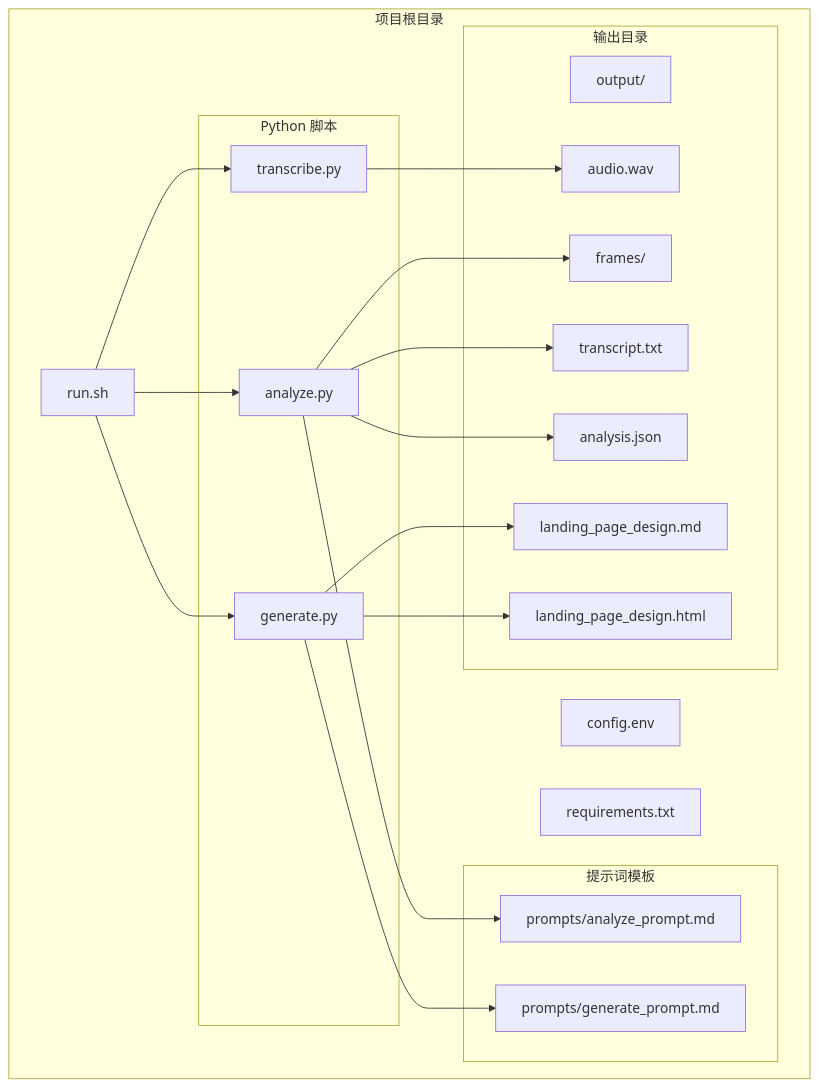
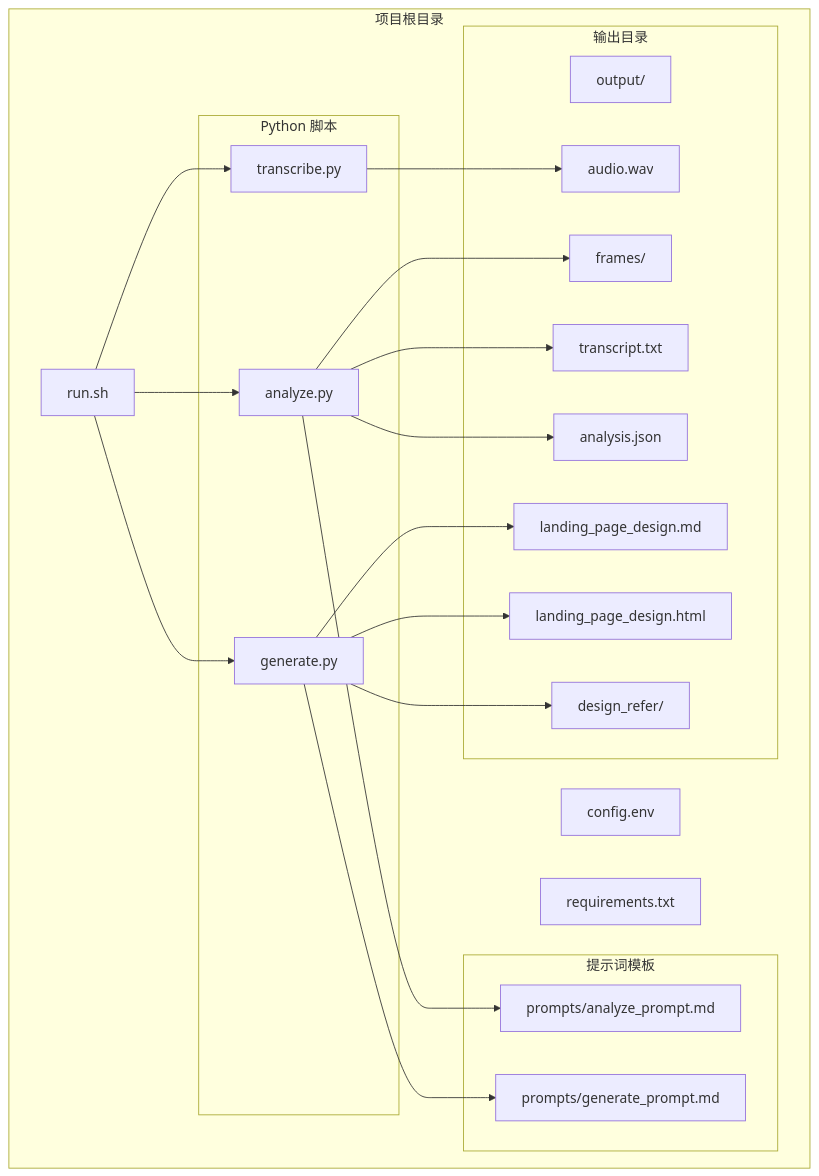
One commit to WongMingJiu/landingpage-test-hero-page changed the first of 4 diagrams in .qoder/repowiki/zh/content/配置和定制/批量处理.md. Above: the diagram before and after it, drawn with Mermaid. The commit also changed other lines of this file and 42 other files, not shown here.

````diff
--- a/.qoder/repowiki/zh/content/配置和定制/批量处理.md
+++ b/.qoder/repowiki/zh/content/配置和定制/批量处理.md
@@ -39,37 +42,39 @@
 ```mermaid
 graph TB
 subgraph "项目根目录"
 RUN[run.sh]
 CONFIG[config.env]
 REQ[requirements.txt]
 subgraph "Python 脚本"
 TRANSCRIBE[transcribe.py]
 ANALYZE[analyze.py]
 GENERATE[generate.py]
 end
 subgraph "提示词模板"
 ANALYZE_PROMPT[prompts/analyze_prompt.md]
 GENERATE_PROMPT[prompts/generate_prompt.md]
 end
 subgraph "输出目录"
 OUTPUT[output/]
 FRAMES[frames/]
 AUDIO[audio.wav]
 TRANSCRIPT[transcript.txt]
 ANALYSIS[analysis.json]
 DESIGN_MD[landing_page_design.md]
 DESIGN_HTML[landing_page_design.html]
+DESIGN_REFER[design_refer/]
 end
 end
 RUN --> TRANSCRIBE
 RUN --> ANALYZE
 RUN --> GENERATE
 ANALYZE --> ANALYZE_PROMPT
 GENERATE --> GENERATE_PROMPT
 TRANSCRIBE --> AUDIO
 ANALYZE --> FRAMES
 ANALYZE --> TRANSCRIPT
 ANALYZE --> ANALYSIS
 GENERATE --> DESIGN_MD
 GENERATE --> DESIGN_HTML
+GENERATE --> DESIGN_REFER
 ```
````
